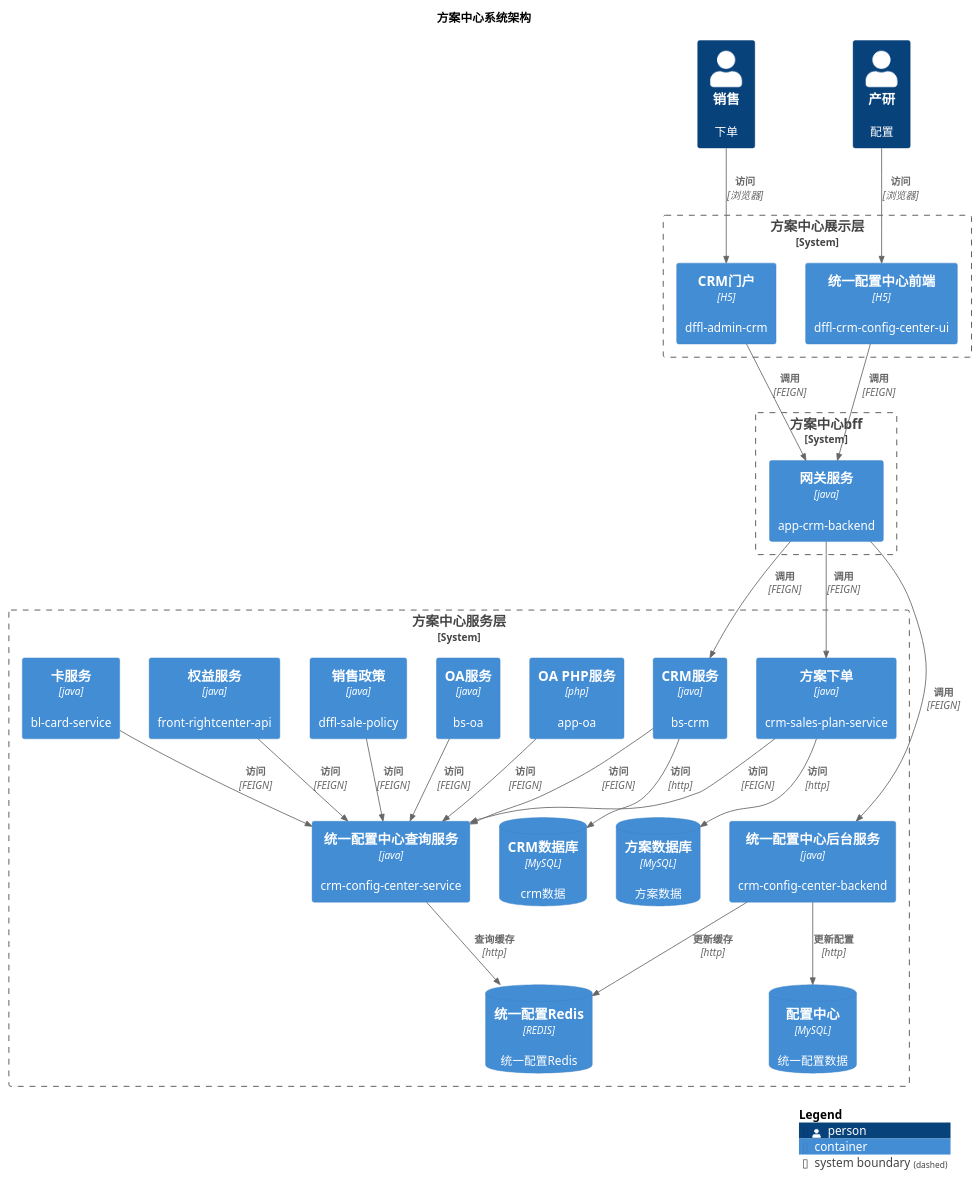
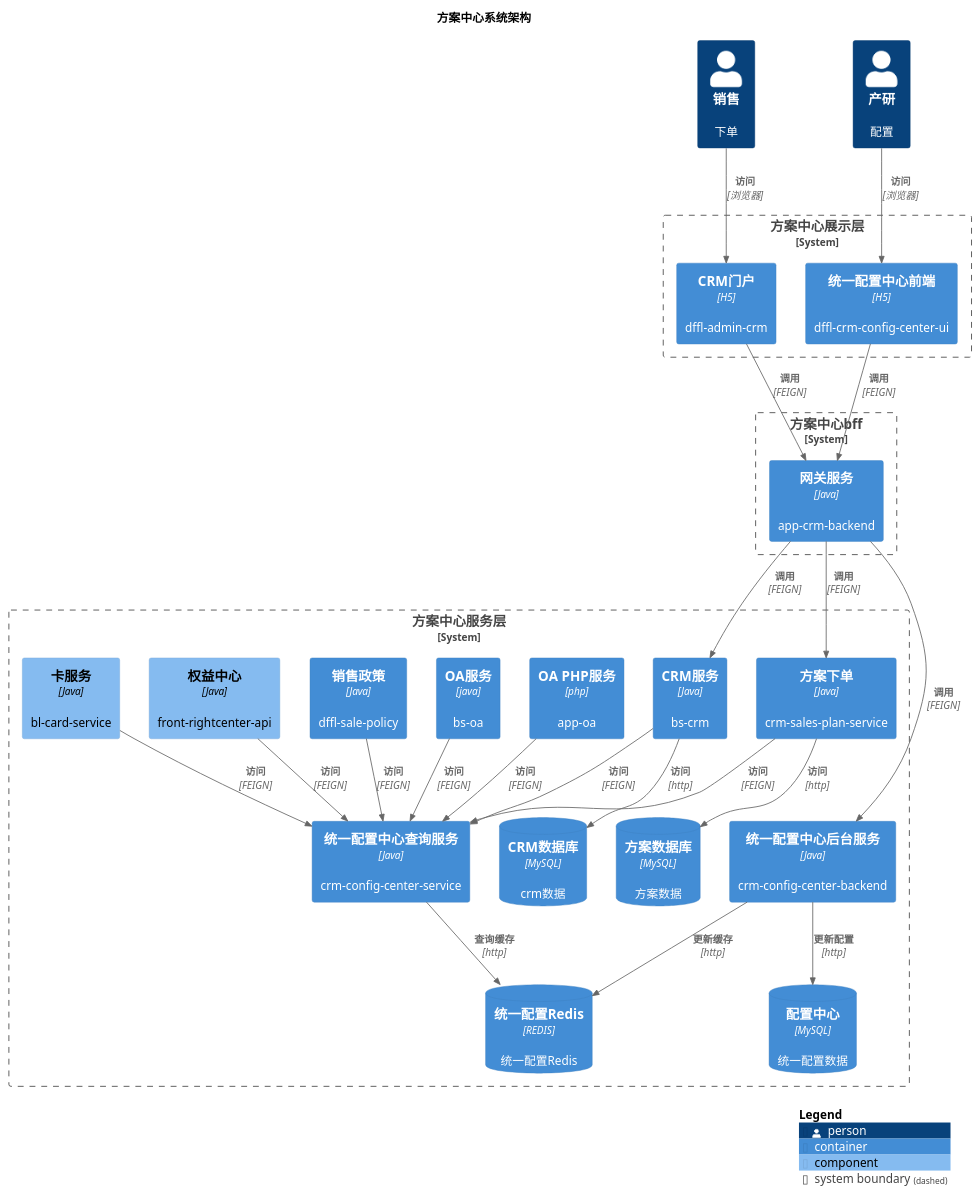
Before and after one commit to wllpeter/picture: the diagram in plantuml/config_arch.puml, drawn with PlantUML.

```diff
--- a/plantuml/config_arch.puml
+++ b/plantuml/config_arch.puml
@@ -1,62 +1,62 @@
 @startuml
 !include https://gitee.com/chiang_zg/C4-PlantUML/raw/master/C4_Container.puml
 !include https://gitee.com/chiang_zg/C4-PlantUML/raw/master/C4_Component.puml
 
 title "方案中心系统架构"
 
 Person(sale, "销售", "下单")
 Person(developer, "产研", "配置")
 
 
 System_Boundary(front, "方案中心展示层"){
   Container(configcenterfront, "统一配置中心前端", "H5", "dffl-crm-config-center-ui")
   Container(admincrmfront, "CRM门户", "H5", "dffl-admin-crm")
 }
 
 System_Boundary(bff, "方案中心bff"){
-  Container(crmbff, "网关服务", "java", "app-crm-backend")
+  Container(crmbff, "网关服务", "Java", "app-crm-backend")
 }
 
 System_Boundary(server, "方案中心服务层"){
-  Container(configbackendserver, "统一配置中心后台服务", "java", "crm-config-center-backend")
-  Container(configserviceserver, "统一配置中心查询服务", "java", "crm-config-center-service")
-  Container(crmserver, "CRM服务", "java", "bs-crm")
-  Container(planserver, "方案下单", "java", "crm-sales-plan-service")
+  Container(configbackendserver, "统一配置中心后台服务", "Java", "crm-config-center-backend")
+  Container(configserviceserver, "统一配置中心查询服务", "Java", "crm-config-center-service")
+  Container(crmserver, "CRM服务", "Java", "bs-crm")
+  Container(planserver, "方案下单", "Java", "crm-sales-plan-service")
   Container(oaphpserver, "OA PHP服务", "php", "app-oa")
   Container(oaserver, "OA服务", "java", "bs-oa")
-  Container(salepolicyserver, "销售政策", "java", "dffl-sale-policy")
-  Container(rightcenterserver, "权益服务", "java", "front-rightcenter-api")
-  Container(cardserver, "卡服务", "java", "bl-card-service")
+  Container(salepolicyserver, "销售政策", "Java", "dffl-sale-policy")
+  Component(rightcenterserver, "权益中心", "Java", "front-rightcenter-api")
+  Component(cardserver, "卡服务", "Java", "bl-card-service")
   ContainerDb(configcenterdb, "配置中心", "MySQL", "统一配置数据")
   ContainerDb(crmdb, "CRM数据库", "MySQL", "crm数据")
   ContainerDb(plandb, "方案数据库", "MySQL", "方案数据")
   ContainerDb(configcenterredis, "统一配置Redis", "REDIS", "统一配置Redis")
 }
 
 Rel(sale, admincrmfront, "访问", "浏览器")
 Rel(developer, configcenterfront, "访问", "浏览器")
 
 Rel(admincrmfront, crmbff, "调用", "FEIGN")
 Rel(configcenterfront, crmbff, "调用", "FEIGN")
 
 Rel(crmbff, configbackendserver, "调用", "FEIGN")
 Rel(crmbff, crmserver, "调用", "FEIGN")
 Rel(crmbff, planserver, "调用", "FEIGN")
 
 Rel(crmserver, crmdb, "访问", "http")
 Rel(planserver, plandb, "访问", "http")
 
 Rel(configbackendserver, configcenterdb, "更新配置", "http")
 Rel(configbackendserver, configcenterredis, "更新缓存", "http")
 
 Rel(crmserver, configserviceserver, "访问", "FEIGN")
 Rel(planserver, configserviceserver, "访问", "FEIGN")
 Rel(oaserver, configserviceserver, "访问", "FEIGN")
 Rel(oaphpserver, configserviceserver, "访问", "FEIGN")
 Rel(salepolicyserver, configserviceserver, "访问", "FEIGN")
 Rel(rightcenterserver, configserviceserver, "访问", "FEIGN")
 Rel(cardserver, configserviceserver, "访问", "FEIGN")
 Rel(configserviceserver, configcenterredis, "查询缓存", "http")
 
 SHOW_LEGEND()
 @enduml
```
